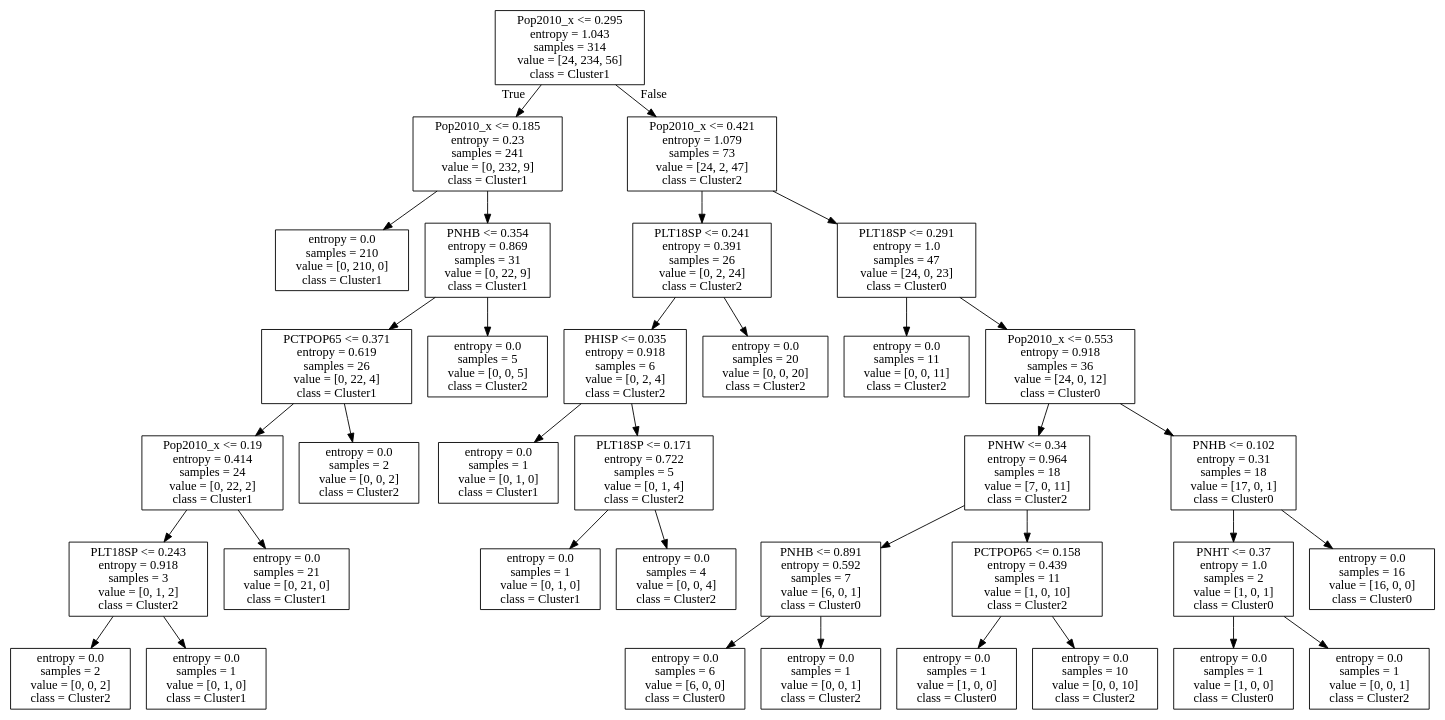
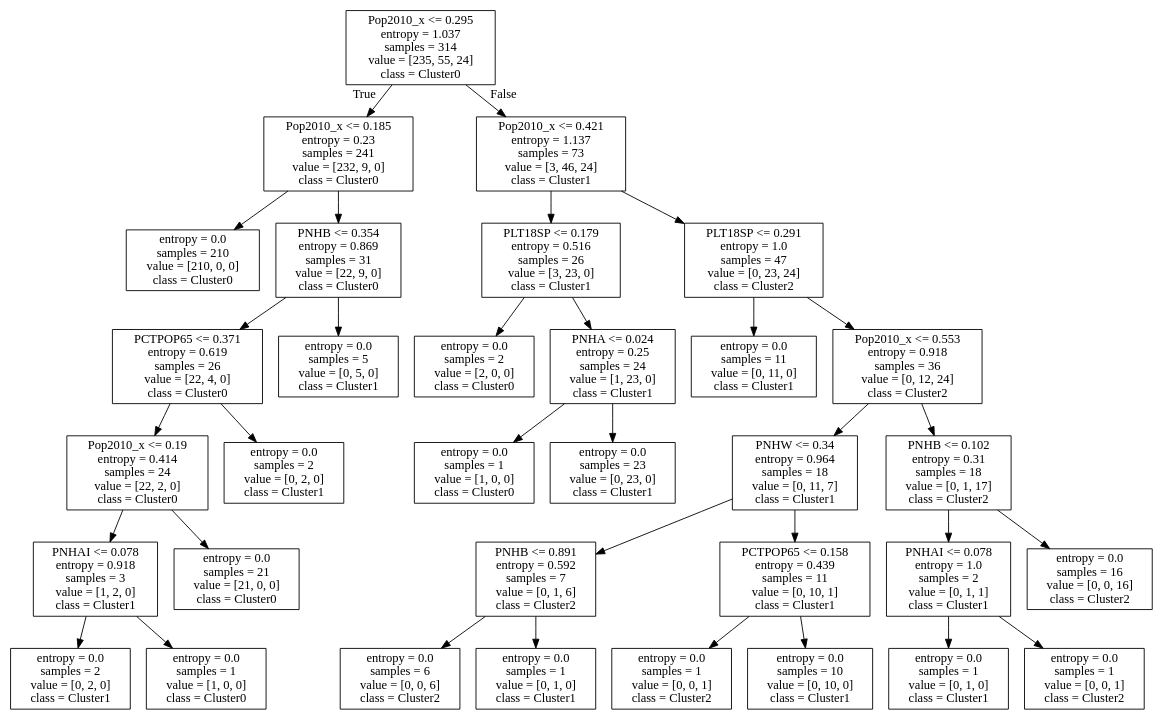
The diagram in tree_entropy.dot (arunkulkarni95/COSC467_FinalProject), drawn with Graphviz before and after one commit. The commit also changed 3 other files, not shown here.

```diff
--- a/tree_entropy.dot
+++ b/tree_entropy.dot
@@ -1,72 +1,68 @@
 digraph Tree {
 node [shape=box] ;
-0 [label="Pop2010_x <= 0.295\nentropy = 1.043\nsamples = 314\nvalue = [24, 234, 56]\nclass = Cluster1"] ;
-1 [label="Pop2010_x <= 0.185\nentropy = 0.23\nsamples = 241\nvalue = [0, 232, 9]\nclass = Cluster1"] ;
+0 [label="Pop2010_x <= 0.295\nentropy = 1.037\nsamples = 314\nvalue = [235, 55, 24]\nclass = Cluster0"] ;
+1 [label="Pop2010_x <= 0.185\nentropy = 0.23\nsamples = 241\nvalue = [232, 9, 0]\nclass = Cluster0"] ;
 0 -> 1 [labeldistance=2.5, labelangle=45, headlabel="True"] ;
-2 [label="entropy = 0.0\nsamples = 210\nvalue = [0, 210, 0]\nclass = Cluster1"] ;
+2 [label="entropy = 0.0\nsamples = 210\nvalue = [210, 0, 0]\nclass = Cluster0"] ;
 1 -> 2 ;
-3 [label="PNHB <= 0.354\nentropy = 0.869\nsamples = 31\nvalue = [0, 22, 9]\nclass = Cluster1"] ;
+3 [label="PNHB <= 0.354\nentropy = 0.869\nsamples = 31\nvalue = [22, 9, 0]\nclass = Cluster0"] ;
 1 -> 3 ;
-4 [label="PCTPOP65 <= 0.371\nentropy = 0.619\nsamples = 26\nvalue = [0, 22, 4]\nclass = Cluster1"] ;
+4 [label="PCTPOP65 <= 0.371\nentropy = 0.619\nsamples = 26\nvalue = [22, 4, 0]\nclass = Cluster0"] ;
 3 -> 4 ;
-5 [label="Pop2010_x <= 0.19\nentropy = 0.414\nsamples = 24\nvalue = [0, 22, 2]\nclass = Cluster1"] ;
+5 [label="Pop2010_x <= 0.19\nentropy = 0.414\nsamples = 24\nvalue = [22, 2, 0]\nclass = Cluster0"] ;
 4 -> 5 ;
-6 [label="PLT18SP <= 0.243\nentropy = 0.918\nsamples = 3\nvalue = [0, 1, 2]\nclass = Cluster2"] ;
+6 [label="PNHAI <= 0.078\nentropy = 0.918\nsamples = 3\nvalue = [1, 2, 0]\nclass = Cluster1"] ;
 5 -> 6 ;
-7 [label="entropy = 0.0\nsamples = 2\nvalue = [0, 0, 2]\nclass = Cluster2"] ;
+7 [label="entropy = 0.0\nsamples = 2\nvalue = [0, 2, 0]\nclass = Cluster1"] ;
 6 -> 7 ;
-8 [label="entropy = 0.0\nsamples = 1\nvalue = [0, 1, 0]\nclass = Cluster1"] ;
+8 [label="entropy = 0.0\nsamples = 1\nvalue = [1, 0, 0]\nclass = Cluster0"] ;
 6 -> 8 ;
-9 [label="entropy = 0.0\nsamples = 21\nvalue = [0, 21, 0]\nclass = Cluster1"] ;
+9 [label="entropy = 0.0\nsamples = 21\nvalue = [21, 0, 0]\nclass = Cluster0"] ;
 5 -> 9 ;
-10 [label="entropy = 0.0\nsamples = 2\nvalue = [0, 0, 2]\nclass = Cluster2"] ;
+10 [label="entropy = 0.0\nsamples = 2\nvalue = [0, 2, 0]\nclass = Cluster1"] ;
 4 -> 10 ;
-11 [label="entropy = 0.0\nsamples = 5\nvalue = [0, 0, 5]\nclass = Cluster2"] ;
+11 [label="entropy = 0.0\nsamples = 5\nvalue = [0, 5, 0]\nclass = Cluster1"] ;
 3 -> 11 ;
-12 [label="Pop2010_x <= 0.421\nentropy = 1.079\nsamples = 73\nvalue = [24, 2, 47]\nclass = Cluster2"] ;
+12 [label="Pop2010_x <= 0.421\nentropy = 1.137\nsamples = 73\nvalue = [3, 46, 24]\nclass = Cluster1"] ;
 0 -> 12 [labeldistance=2.5, labelangle=-45, headlabel="False"] ;
-13 [label="PLT18SP <= 0.241\nentropy = 0.391\nsamples = 26\nvalue = [0, 2, 24]\nclass = Cluster2"] ;
+13 [label="PLT18SP <= 0.179\nentropy = 0.516\nsamples = 26\nvalue = [3, 23, 0]\nclass = Cluster1"] ;
 12 -> 13 ;
-14 [label="PHISP <= 0.035\nentropy = 0.918\nsamples = 6\nvalue = [0, 2, 4]\nclass = Cluster2"] ;
+14 [label="entropy = 0.0\nsamples = 2\nvalue = [2, 0, 0]\nclass = Cluster0"] ;
 13 -> 14 ;
-15 [label="entropy = 0.0\nsamples = 1\nvalue = [0, 1, 0]\nclass = Cluster1"] ;
-14 -> 15 ;
-16 [label="PLT18SP <= 0.171\nentropy = 0.722\nsamples = 5\nvalue = [0, 1, 4]\nclass = Cluster2"] ;
-14 -> 16 ;
-17 [label="entropy = 0.0\nsamples = 1\nvalue = [0, 1, 0]\nclass = Cluster1"] ;
-16 -> 17 ;
-18 [label="entropy = 0.0\nsamples = 4\nvalue = [0, 0, 4]\nclass = Cluster2"] ;
-16 -> 18 ;
-19 [label="entropy = 0.0\nsamples = 20\nvalue = [0, 0, 20]\nclass = Cluster2"] ;
-13 -> 19 ;
-20 [label="PLT18SP <= 0.291\nentropy = 1.0\nsamples = 47\nvalue = [24, 0, 23]\nclass = Cluster0"] ;
-12 -> 20 ;
-21 [label="entropy = 0.0\nsamples = 11\nvalue = [0, 0, 11]\nclass = Cluster2"] ;
+15 [label="PNHA <= 0.024\nentropy = 0.25\nsamples = 24\nvalue = [1, 23, 0]\nclass = Cluster1"] ;
+13 -> 15 ;
+16 [label="entropy = 0.0\nsamples = 1\nvalue = [1, 0, 0]\nclass = Cluster0"] ;
+15 -> 16 ;
+17 [label="entropy = 0.0\nsamples = 23\nvalue = [0, 23, 0]\nclass = Cluster1"] ;
+15 -> 17 ;
+18 [label="PLT18SP <= 0.291\nentropy = 1.0\nsamples = 47\nvalue = [0, 23, 24]\nclass = Cluster2"] ;
+12 -> 18 ;
+19 [label="entropy = 0.0\nsamples = 11\nvalue = [0, 11, 0]\nclass = Cluster1"] ;
+18 -> 19 ;
+20 [label="Pop2010_x <= 0.553\nentropy = 0.918\nsamples = 36\nvalue = [0, 12, 24]\nclass = Cluster2"] ;
+18 -> 20 ;
+21 [label="PNHW <= 0.34\nentropy = 0.964\nsamples = 18\nvalue = [0, 11, 7]\nclass = Cluster1"] ;
 20 -> 21 ;
-22 [label="Pop2010_x <= 0.553\nentropy = 0.918\nsamples = 36\nvalue = [24, 0, 12]\nclass = Cluster0"] ;
-20 -> 22 ;
-23 [label="PNHW <= 0.34\nentropy = 0.964\nsamples = 18\nvalue = [7, 0, 11]\nclass = Cluster2"] ;
+22 [label="PNHB <= 0.891\nentropy = 0.592\nsamples = 7\nvalue = [0, 1, 6]\nclass = Cluster2"] ;
+21 -> 22 ;
+23 [label="entropy = 0.0\nsamples = 6\nvalue = [0, 0, 6]\nclass = Cluster2"] ;
 22 -> 23 ;
-24 [label="PNHB <= 0.891\nentropy = 0.592\nsamples = 7\nvalue = [6, 0, 1]\nclass = Cluster0"] ;
-23 -> 24 ;
-25 [label="entropy = 0.0\nsamples = 6\nvalue = [6, 0, 0]\nclass = Cluster0"] ;
-24 -> 25 ;
+24 [label="entropy = 0.0\nsamples = 1\nvalue = [0, 1, 0]\nclass = Cluster1"] ;
+22 -> 24 ;
+25 [label="PCTPOP65 <= 0.158\nentropy = 0.439\nsamples = 11\nvalue = [0, 10, 1]\nclass = Cluster1"] ;
+21 -> 25 ;
 26 [label="entropy = 0.0\nsamples = 1\nvalue = [0, 0, 1]\nclass = Cluster2"] ;
-24 -> 26 ;
-27 [label="PCTPOP65 <= 0.158\nentropy = 0.439\nsamples = 11\nvalue = [1, 0, 10]\nclass = Cluster2"] ;
-23 -> 27 ;
-28 [label="entropy = 0.0\nsamples = 1\nvalue = [1, 0, 0]\nclass = Cluster0"] ;
-27 -> 28 ;
-29 [label="entropy = 0.0\nsamples = 10\nvalue = [0, 0, 10]\nclass = Cluster2"] ;
-27 -> 29 ;
-30 [label="PNHB <= 0.102\nentropy = 0.31\nsamples = 18\nvalue = [17, 0, 1]\nclass = Cluster0"] ;
-22 -> 30 ;
-31 [label="PNHT <= 0.37\nentropy = 1.0\nsamples = 2\nvalue = [1, 0, 1]\nclass = Cluster0"] ;
-30 -> 31 ;
-32 [label="entropy = 0.0\nsamples = 1\nvalue = [1, 0, 0]\nclass = Cluster0"] ;
-31 -> 32 ;
-33 [label="entropy = 0.0\nsamples = 1\nvalue = [0, 0, 1]\nclass = Cluster2"] ;
-31 -> 33 ;
-34 [label="entropy = 0.0\nsamples = 16\nvalue = [16, 0, 0]\nclass = Cluster0"] ;
-30 -> 34 ;
+25 -> 26 ;
+27 [label="entropy = 0.0\nsamples = 10\nvalue = [0, 10, 0]\nclass = Cluster1"] ;
+25 -> 27 ;
+28 [label="PNHB <= 0.102\nentropy = 0.31\nsamples = 18\nvalue = [0, 1, 17]\nclass = Cluster2"] ;
+20 -> 28 ;
+29 [label="PNHAI <= 0.078\nentropy = 1.0\nsamples = 2\nvalue = [0, 1, 1]\nclass = Cluster1"] ;
+28 -> 29 ;
+30 [label="entropy = 0.0\nsamples = 1\nvalue = [0, 1, 0]\nclass = Cluster1"] ;
+29 -> 30 ;
+31 [label="entropy = 0.0\nsamples = 1\nvalue = [0, 0, 1]\nclass = Cluster2"] ;
+29 -> 31 ;
+32 [label="entropy = 0.0\nsamples = 16\nvalue = [0, 0, 16]\nclass = Cluster2"] ;
+28 -> 32 ;
 }
```
